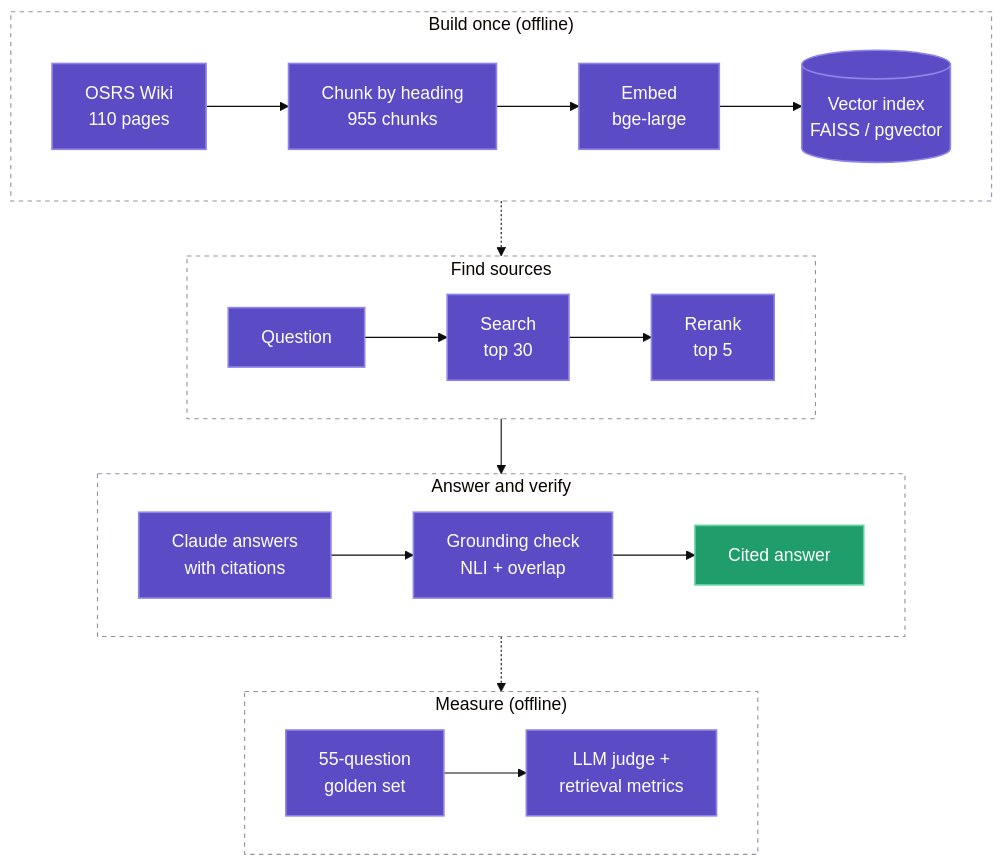
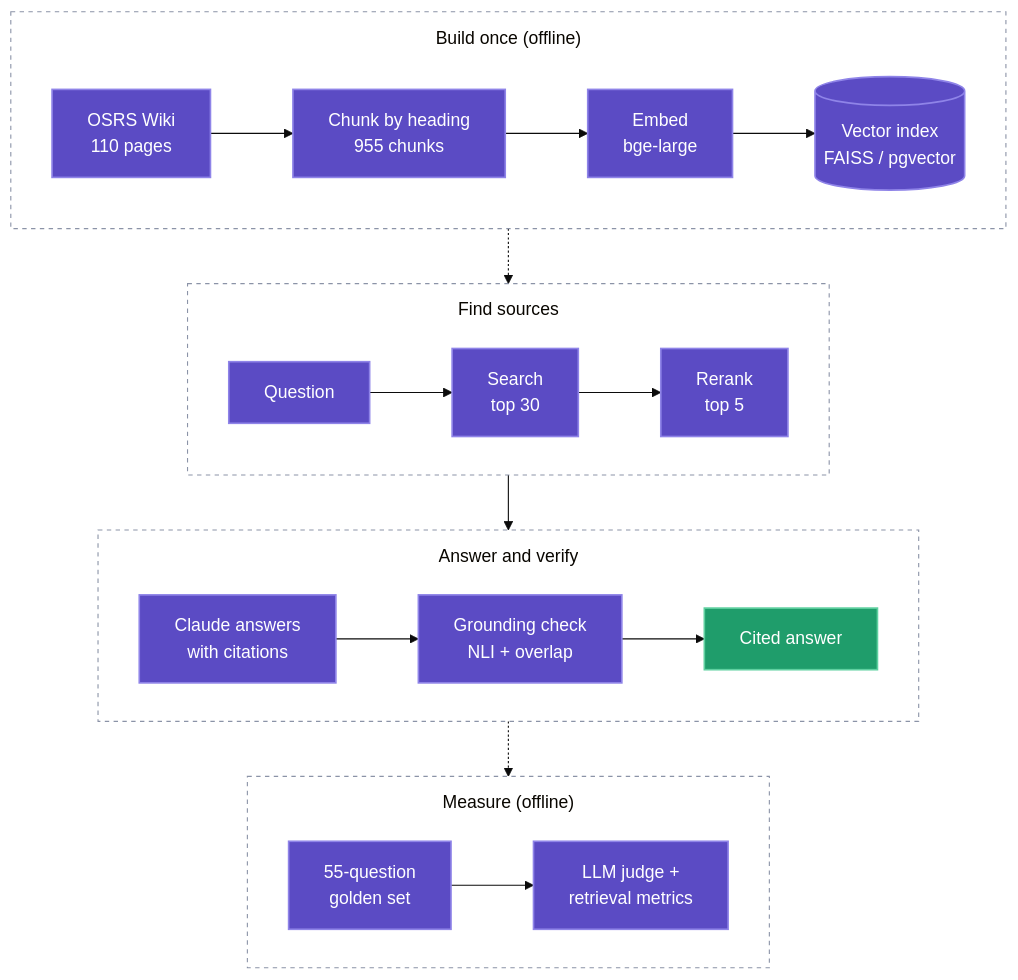
One commit to lofeodo/rag-with-receipts changed the diagram in README.md. Above: the diagram before and after it, drawn with Mermaid (base theme). The commit also changed other lines of this file and 7 other files, not shown here.

First line of the commit message:
docs(readme): dark-mode chart variants and padded diagram lane titles

````diff
--- a/README.md
+++ b/README.md
@@ -51,31 +60,32 @@
 ```mermaid
+%%{init: {"flowchart": {"subGraphTitleMargin": {"top": 12, "bottom": 12}, "padding": 16}}}%%
 flowchart TB
     subgraph BUILD["Build once (offline)"]
         direction LR
         W["OSRS Wiki<br/>110 pages"] --> C["Chunk by heading<br/>955 chunks"] --> E["Embed<br/>bge-large"] --> V[("Vector index<br/>FAISS / pgvector")]
     end
     subgraph FIND["Find sources"]
         direction LR
         Q["Question"] --> S["Search<br/>top 30"] --> R["Rerank<br/>top 5"]
     end
     subgraph ANSWER["Answer and verify"]
         direction LR
         G["Claude answers<br/>with citations"] --> K["Grounding check<br/>NLI + overlap"] --> A["Cited answer"]
     end
     subgraph MEASURE["Measure (offline)"]
         direction LR
         D["55-question<br/>golden set"] --> J["LLM judge +<br/>retrieval metrics"]
     end
     BUILD -.-> FIND
     FIND --> ANSWER
     ANSWER -.-> MEASURE
 
     classDef node fill:#5b4bc4,stroke:#8f84e8,color:#ffffff,stroke-width:1.5px
     classDef key fill:#1f9d6b,stroke:#5fd0a0,color:#ffffff,stroke-width:1.5px
     class W,C,E,V,Q,S,R,G,K,D,J node
     class A key
     style BUILD fill:transparent,stroke:#8b93a7,stroke-dasharray:4 4
     style FIND fill:transparent,stroke:#8b93a7,stroke-dasharray:4 4
     style ANSWER fill:transparent,stroke:#8b93a7,stroke-dasharray:4 4
     style MEASURE fill:transparent,stroke:#8b93a7,stroke-dasharray:4 4
 ```
````
